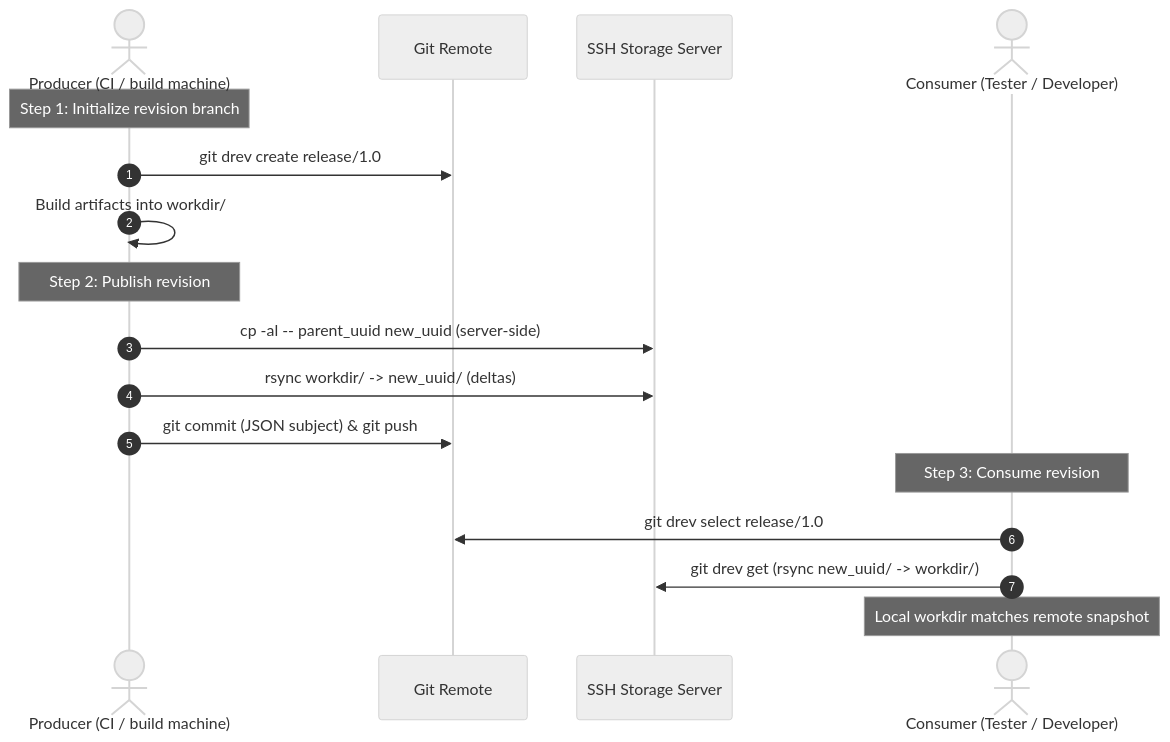
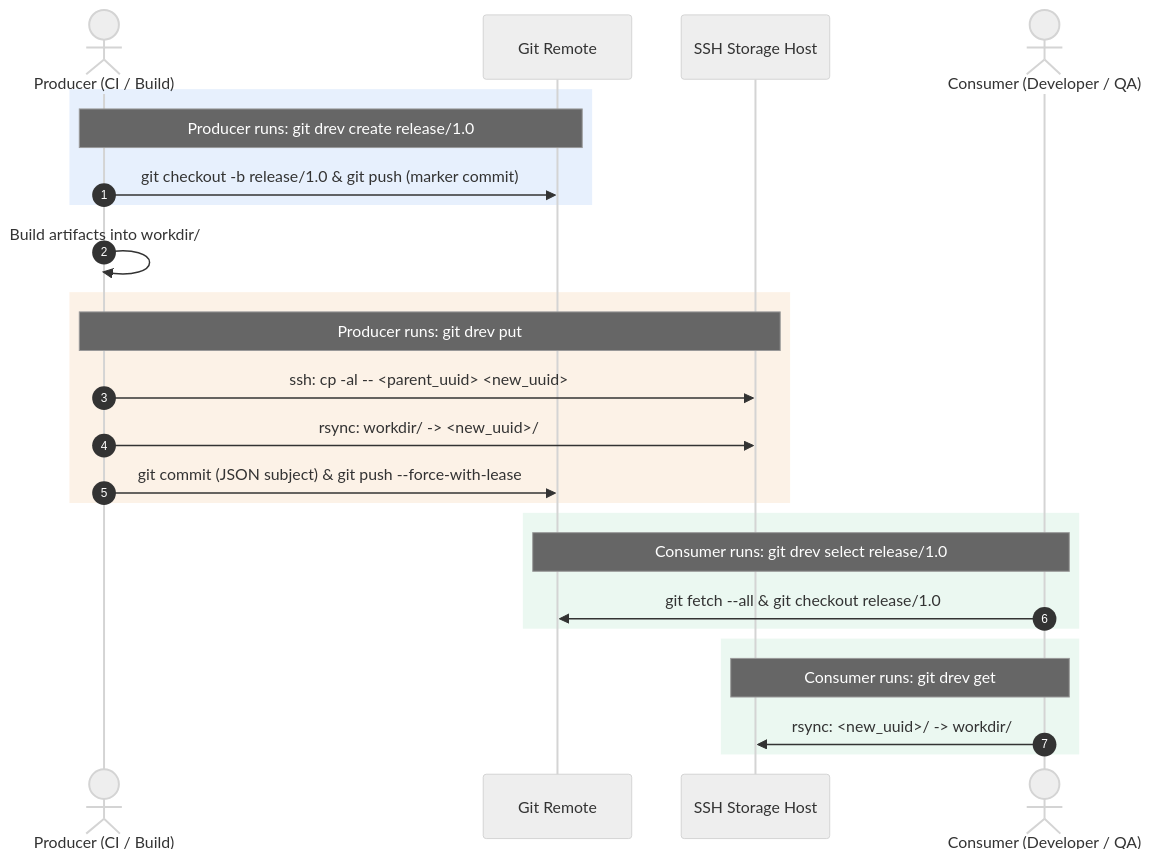
The second of 2 diagrams in docs/user-guide/01-philosophy.md (bvarnai/git-drev), drawn with Mermaid (neutral theme) before and after one commit.

Commit message:
docs(user-guide): group under-the-hood actions inside git-drev command blocks in sequence diagram

````diff
--- a/docs/user-guide/01-philosophy.md
+++ b/docs/user-guide/01-philosophy.md
@@ -84,21 +84,32 @@
 ```mermaid
 sequenceDiagram
     autonumber
-    actor Producer as Producer (CI / build machine)
+    actor Producer as Producer (CI / Build)
     participant Git as Git Remote
-    participant Storage as SSH Storage Server
-    actor Consumer as Consumer (Tester / Developer)
+    participant Storage as SSH Storage Host
+    actor Consumer as Consumer (Developer / QA)
 
-    Note over Producer: Step 1: Initialize revision branch
-    Producer->>Git: git drev create release/1.0
+    rect rgba(59, 135, 235, 0.12)
+        Note over Producer,Git: Producer runs: git drev create release/1.0
+        Producer->>Git: git checkout -b release/1.0 & git push (marker commit)
+    end
+
     Producer->>Producer: Build artifacts into workdir/
-    Note over Producer: Step 2: Publish revision
-    Producer->>Storage: cp -al -- parent_uuid new_uuid (server-side)
-    Producer->>Storage: rsync workdir/ -> new_uuid/ (deltas)
-    Producer->>Git: git commit (JSON subject) & git push
 
-    Note over Consumer: Step 3: Consume revision
-    Consumer->>Git: git drev select release/1.0
-    Consumer->>Storage: git drev get (rsync new_uuid/ -> workdir/)
-    Note over Consumer: Local workdir matches remote snapshot
+    rect rgba(229, 147, 58, 0.12)
+        Note over Producer,Storage: Producer runs: git drev put
+        Producer->>Storage: ssh: cp -al -- <parent_uuid> <new_uuid>
+        Producer->>Storage: rsync: workdir/ -> <new_uuid>/
+        Producer->>Git: git commit (JSON subject) & git push --force-with-lease
+    end
+
+    rect rgba(92, 198, 141, 0.12)
+        Note over Git,Consumer: Consumer runs: git drev select release/1.0
+        Consumer->>Git: git fetch --all & git checkout release/1.0
+    end
+
+    rect rgba(92, 198, 141, 0.12)
+        Note over Storage,Consumer: Consumer runs: git drev get
+        Consumer->>Storage: rsync: <new_uuid>/ -> workdir/
+    end
 ```
````
